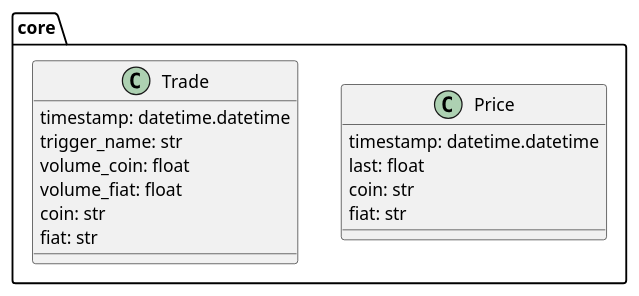
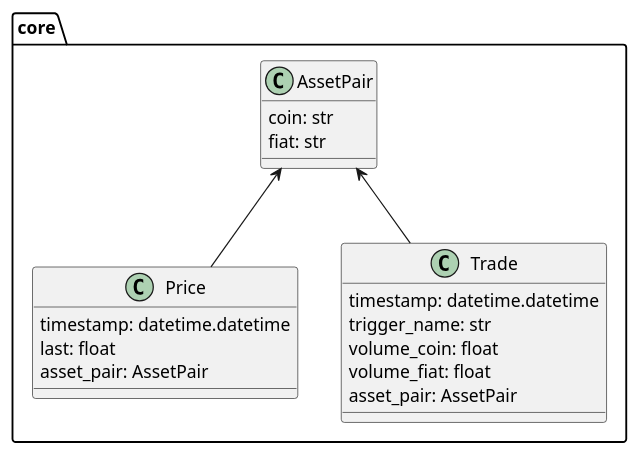
Before and after one commit to martin-ueding/vigilant-crypto-snatch: the diagram in docs/dev/graphs/core.puml, drawn with PlantUML. The commit also changed 2 other files, not shown here.

Commit message:
Introduce AssetPair

```diff
--- a/docs/dev/graphs/core.puml
+++ b/docs/dev/graphs/core.puml
@@ -1,23 +1,29 @@
 @startuml
 
 namespace core {
 
+class AssetPair {
+    coin: str
+    fiat: str
+}
+
 class Price {
     timestamp: datetime.datetime
     last: float
-    coin: str
-    fiat: str
+    asset_pair: AssetPair
 }
 
 class Trade {
     timestamp: datetime.datetime
     trigger_name: str
     volume_coin: float
     volume_fiat: float
-    coin: str
-    fiat: str
+    asset_pair: AssetPair
 }
+
+AssetPair <-- Price
+AssetPair <-- Trade
 
 }
 
 @enduml
```
